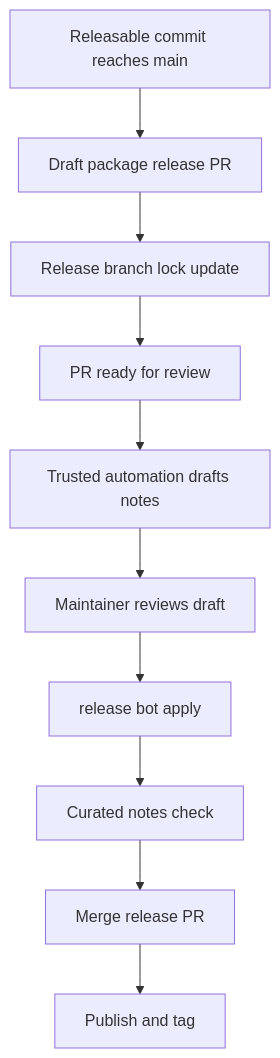
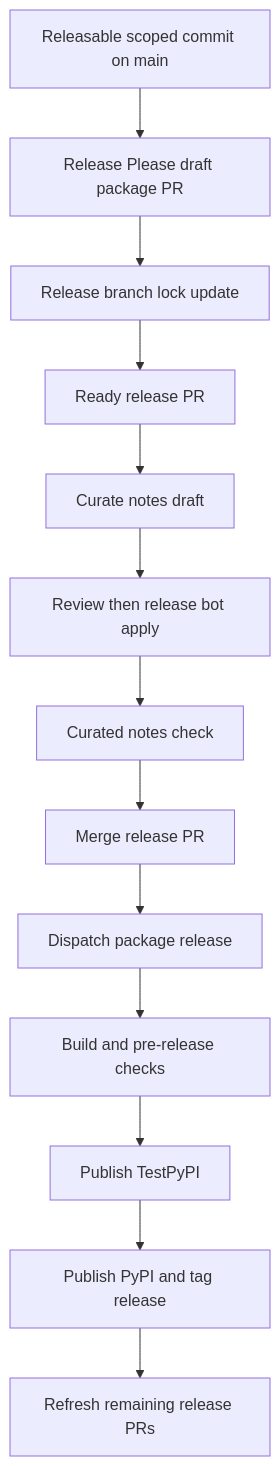
One commit to langchain-ai/deepagents changed the second of 2 diagrams in openwiki/operations/development.md. Above: the diagram before and after it, drawn with Mermaid. The commit also changed other lines of this file and 13 other files, not shown here.

````diff
--- a/openwiki/operations/development.md
+++ b/openwiki/operations/development.md
@@ -162,12 +138,15 @@
 ```mermaid
 flowchart TD
-    Land["Releasable commit reaches main"] --> ReleasePR["Draft package release PR"]
-    ReleasePR --> Locks["Release branch lock update"]
-    Locks --> Ready["PR ready for review"]
-    Ready --> Draft["Trusted automation drafts notes"]
-    Draft --> Review["Maintainer reviews draft"]
-    Review --> Apply["release bot apply"]
+    Change["Releasable scoped commit on main"] --> RP["Release Please draft package PR"]
+    RP --> Locks["Release branch lock update"]
+    Locks --> Ready["Ready release PR"]
+    Ready --> Draft["Curate notes draft"]
+    Draft --> Apply["Review then release bot apply"]
     Apply --> Gate["Curated notes check"]
     Gate --> Merge["Merge release PR"]
-    Merge --> Publish["Publish and tag"]
+    Merge --> Dispatch["Dispatch package release"]
+    Dispatch --> Build["Build and pre-release checks"]
+    Build --> TestPyPI["Publish TestPyPI"]
+    TestPyPI --> PyPI["Publish PyPI and tag release"]
+    PyPI --> Refresh["Refresh remaining release PRs"]
 ```
````
